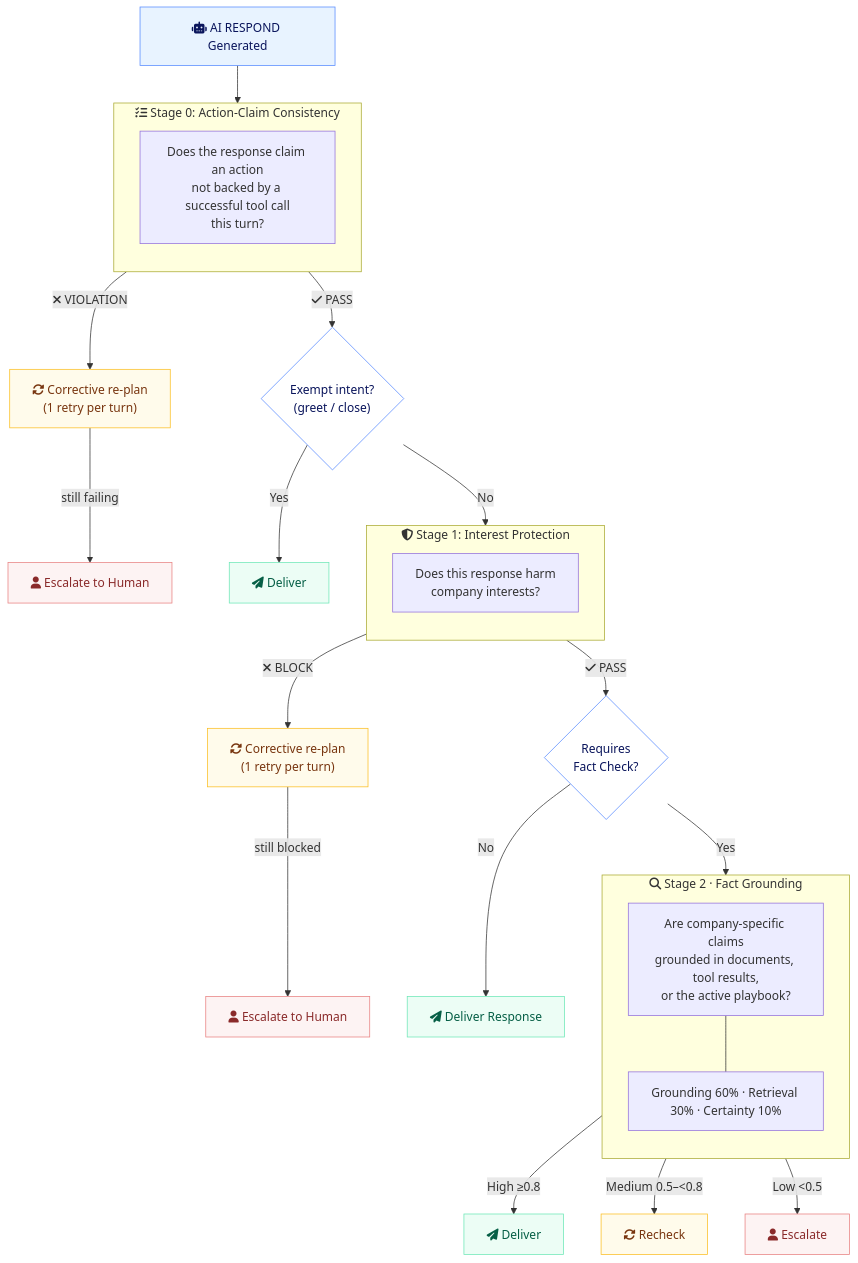
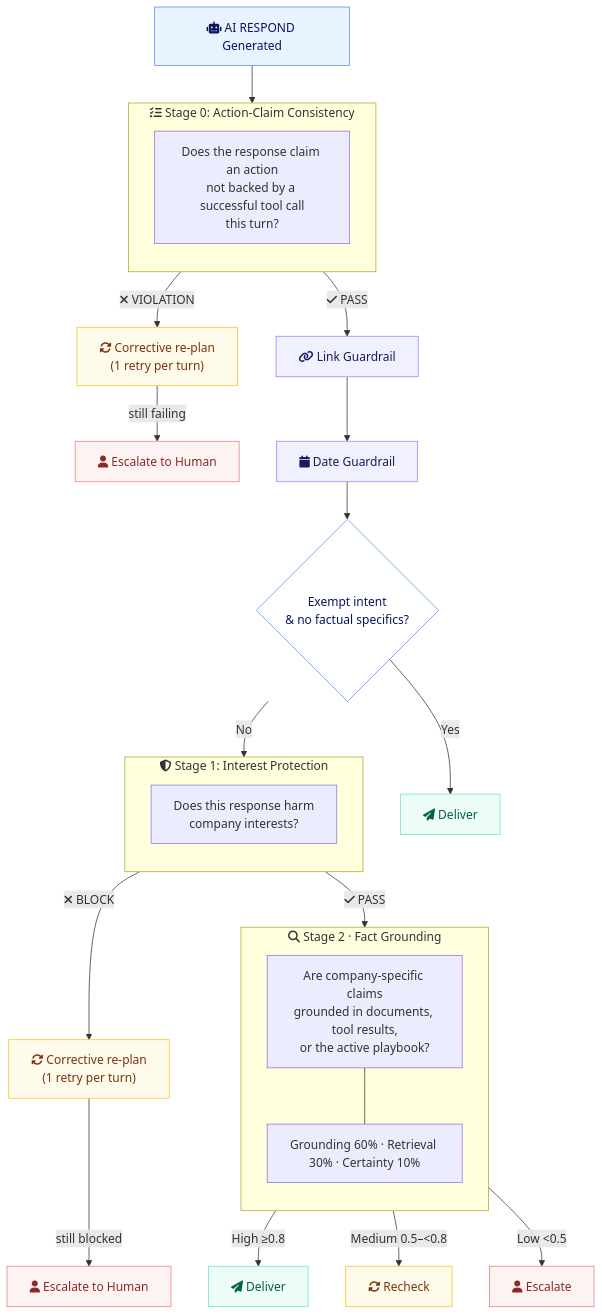
The diagram in technical/guardrails.md (hay-chat/hay-docs), drawn with Mermaid before and after one commit. The commit also changed other lines of this file and 19 other files, not shown here.

````diff
--- a/technical/guardrails.md
+++ b/technical/guardrails.md
@@ -24,54 +26,53 @@
 ```mermaid
 flowchart TD
   A["fa:fa-robot AI RESPOND Generated"]
 
   A --> Z
 
   subgraph Z["fa:fa-list-check  Stage 0: Action-Claim Consistency"]
     direction TB
     Z1["Does the response claim an action<br/>not backed by a successful tool call<br/>this turn?"]
   end
 
   Z -->|"fa:fa-xmark VIOLATION"| RETRY0["fa:fa-rotate Corrective re-plan<br/>(1 retry per turn)"]
   RETRY0 -->|"still failing"| ESC0["fa:fa-user Escalate to Human"]
-  Z -->|"fa:fa-check PASS"| INT{"Exempt intent?<br/>(greet / close)"}
+  Z -->|"fa:fa-check PASS"| LNK["fa:fa-link Link Guardrail"]
+  LNK --> DT["fa:fa-calendar Date Guardrail"]
+  DT --> INT{"Exempt intent<br/>& no factual specifics?"}
 
   INT -->|"Yes"| DEL0["fa:fa-paper-plane Deliver"]
   INT -->|"No"| B
 
   subgraph B["fa:fa-shield-halved  Stage 1: Interest Protection"]
     direction TB
     B1["Does this response harm<br/>company interests?"]
   end
 
   B -->|"fa:fa-xmark BLOCK"| RETRY1["fa:fa-rotate Corrective re-plan<br/>(1 retry per turn)"]
   RETRY1 -->|"still blocked"| ESC["fa:fa-user Escalate to Human"]
-  B -->|"fa:fa-check PASS"| C{"Requires<br/>Fact Check?"}
-
-  C -->|"No"| DEL1["fa:fa-paper-plane Deliver Response"]
-  C -->|"Yes"| D
+  B -->|"fa:fa-check PASS"| D
 
   subgraph D["fa:fa-magnifying-glass  Stage 2 · Fact Grounding"]
     direction TB
     D1["Are company-specific claims<br/>grounded in documents, tool results,<br/>or the active playbook?"]
     D2["Grounding 60% · Retrieval 30% · Certainty 10%"]
     D1 --- D2
   end
 
   D -->|"High ≥0.8"| DEL2["fa:fa-paper-plane Deliver"]
   D -->|"Medium 0.5–&lt;0.8"| REC["fa:fa-rotate Recheck"]
   D -->|"Low <0.5"| ESC2["fa:fa-user Escalate"]
 
   style A fill:#e8f3ff,stroke:#568aff,color:#0a155c
   style ESC0 fill:#fdf3f3,stroke:#e88181,color:#8a2a2a
   style ESC fill:#fdf3f3,stroke:#e88181,color:#8a2a2a
   style ESC2 fill:#fdf3f3,stroke:#e88181,color:#8a2a2a
   style DEL0 fill:#ecfdf5,stroke:#6ee7b7,color:#065f46
-  style DEL1 fill:#ecfdf5,stroke:#6ee7b7,color:#065f46
   style DEL2 fill:#ecfdf5,stroke:#6ee7b7,color:#065f46
+  style LNK fill:#f0f0ff,stroke:#8b8bff,color:#1a1a5c
+  style DT fill:#f0f0ff,stroke:#8b8bff,color:#1a1a5c
   style RETRY0 fill:#fffbeb,stroke:#fbbf24,color:#78350f
   style RETRY1 fill:#fffbeb,stroke:#fbbf24,color:#78350f
   style REC fill:#fffbeb,stroke:#fbbf24,color:#78350f
-  style C fill:#fff,stroke:#568aff,color:#0a155c
   style INT fill:#fff,stroke:#568aff,color:#0a155c
 ```
````
